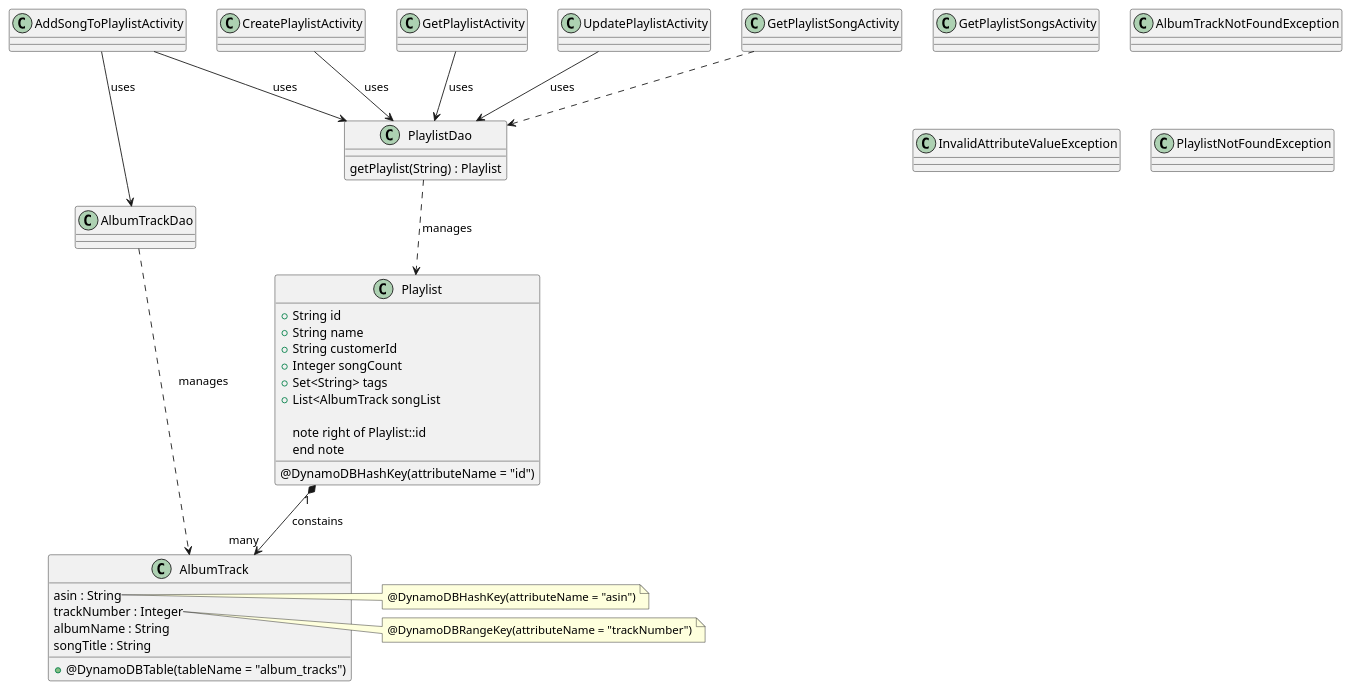
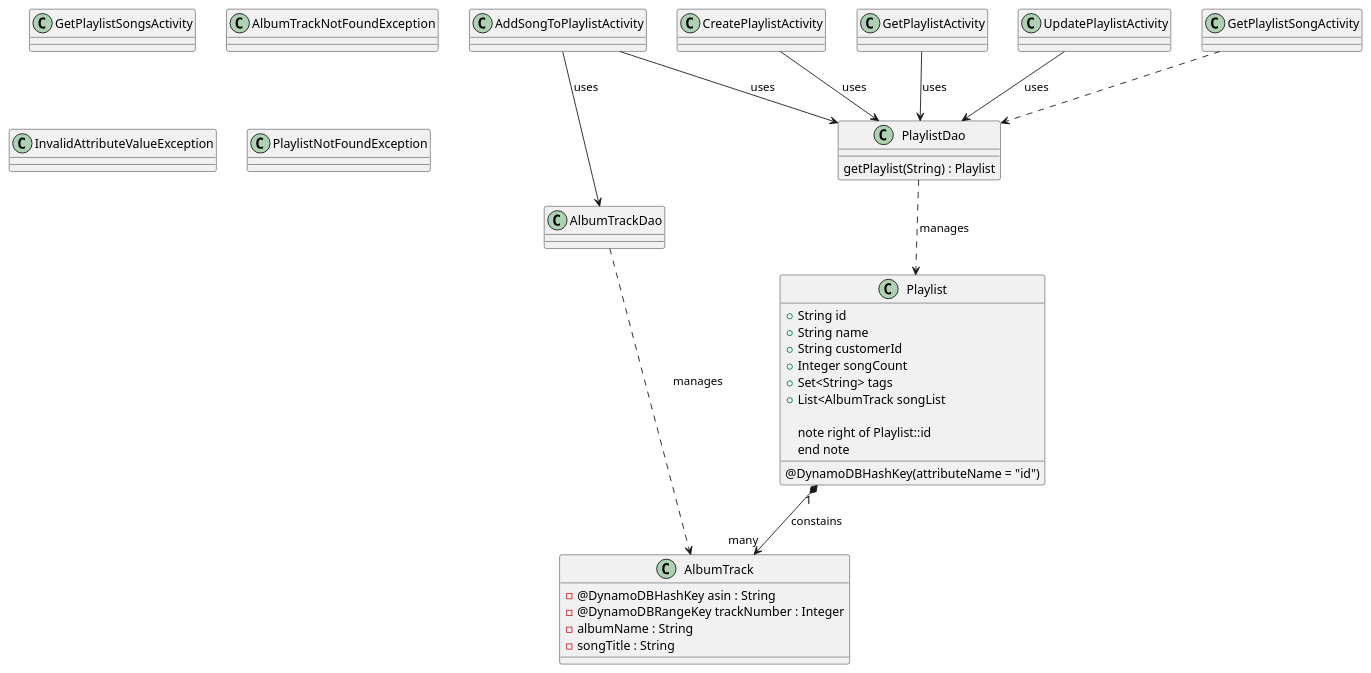
The diagram in src/resources/mastery-task1-music-playlist-CD.puml (decagondev/playlisttesting), drawn with PlantUML before and after one commit. The commit also changed 1 other file, not shown here.

```diff
--- a/src/resources/mastery-task1-music-playlist-CD.puml
+++ b/src/resources/mastery-task1-music-playlist-CD.puml
@@ -1,70 +1,62 @@
 @startuml
 
 ' Activity Classes
 class AddSongToPlaylistActivity {
 }
 class CreatePlaylistActivity {
 }
 class GetPlaylistActivity {
 }
 class GetPlaylistSongsActivity {
 }
 class UpdatePlaylistActivity {
 }
 
 ' DAO Classes
 class AlbumTrackDao {
 }
 class PlaylistDao {
     getPlaylist(String) : Playlist
 }
 
 ' Exception Classes
 class AlbumTrackNotFoundException {
 }
 class InvalidAttributeValueException {
 }
 class PlaylistNotFoundException {
 }
 
 ' DynamoDB Model Classes
 class AlbumTrack {
-    asin : String
-    trackNumber : Integer
-    albumName : String
-    songTitle : String
+    -@DynamoDBHashKey asin : String
+    -@DynamoDBRangeKey trackNumber : Integer
+    -albumName : String
+    -songTitle : String
 }
-
-note right of AlbumTrack::asin
-    @DynamoDBHashKey(attributeName = "asin")
-end note
-note right of AlbumTrack::trackNumber
-    @DynamoDBRangeKey(attributeName = "trackNumber")
-end note
-AlbumTrack : +@DynamoDBTable(tableName = "album_tracks")
 
 class Playlist {
   +String id
   +String name
   +String customerId
   +Integer songCount
   +Set<String> tags
   +List<AlbumTrack songList
 
   note right of Playlist::id
       @DynamoDBHashKey(attributeName = "id")
   end note
 }
 
 ' Relationships
 CreatePlaylistActivity --> PlaylistDao : uses
 GetPlaylistActivity --> PlaylistDao : uses
 AddSongToPlaylistActivity --> AlbumTrackDao : uses
 AddSongToPlaylistActivity --> PlaylistDao : uses
 UpdatePlaylistActivity --> PlaylistDao : uses
 AlbumTrackDao ..> AlbumTrack : "manages"
 PlaylistDao ..> Playlist : "manages"
 Playlist "1" *--> "many" AlbumTrack : constains
 GetPlaylistSongActivity ..> PlaylistDao
 
 @enduml
```
